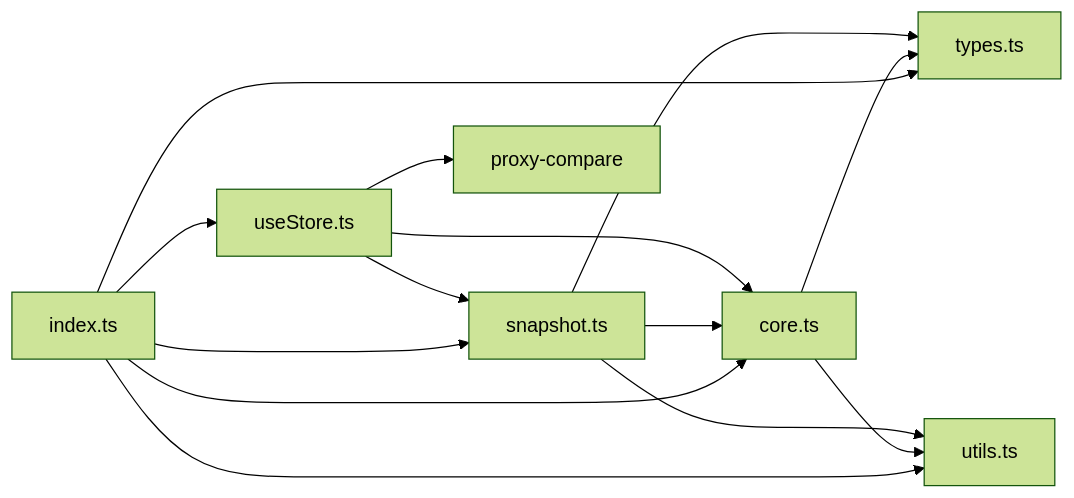
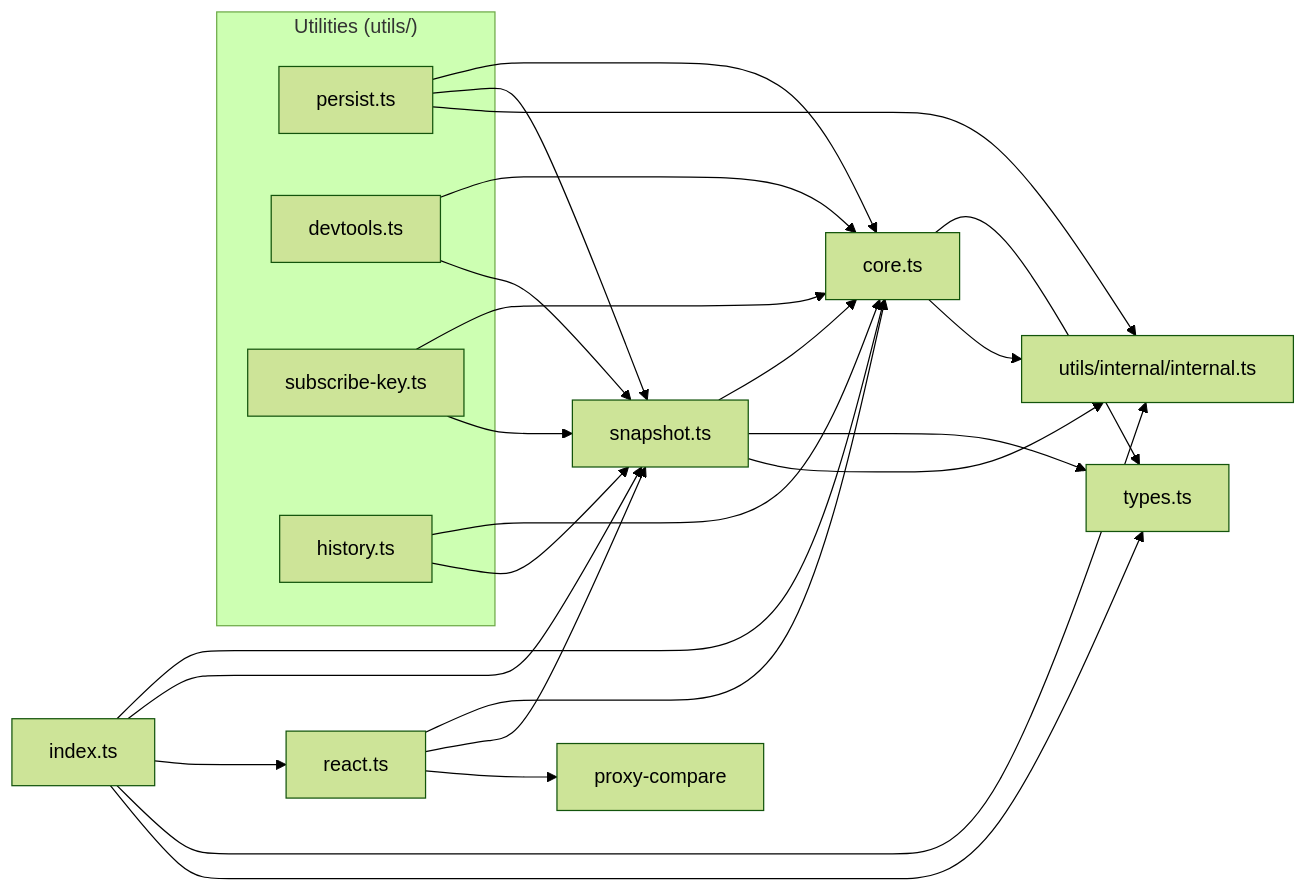
The ninth of 9 diagrams in website/docs/ARCHITECTURE.md (codeBelt/classy-store), drawn with Mermaid (forest theme) before and after one commit. The commit also changed other lines of this file and 24 other files, not shown here.

First line of the commit message:
feat: add `withHistory`, `devtools`, and `subscribeKey` utilities for enhanced state management (#7)

````diff
--- a/website/docs/ARCHITECTURE.md
+++ b/website/docs/ARCHITECTURE.md
@@ -407,17 +416,33 @@
 ```mermaid
 graph LR
-  useStore["useStore.ts"] --> core["core.ts"]
-  useStore --> snapshot["snapshot.ts"]
-  useStore --> proxyCompare["proxy-compare"]
+  react["react.ts"] --> core["core.ts"]
+  react --> snapshot["snapshot.ts"]
+  react --> proxyCompare["proxy-compare"]
   snapshot --> core
   snapshot --> types["types.ts"]
-  snapshot --> utils["utils.ts"]
+  snapshot --> internal["utils/internal/internal.ts"]
   core --> types
-  core --> utils
+  core --> internal
   index["index.ts"] --> core
   index --> snapshot
-  index --> useStore
-  index --> utils
+  index --> react
+  index --> internal
   index --> types
 
+  subgraph utilities ["Utilities (utils/)"]
+    persist["persist.ts"]
+    devtools["devtools.ts"]
+    subscribeKey["subscribe-key.ts"]
+    withHistory["history.ts"]
+  end
+
+  persist --> core
+  persist --> snapshot
+  persist --> internal
+  devtools --> core
+  devtools --> snapshot
+  subscribeKey --> core
+  subscribeKey --> snapshot
+  withHistory --> core
+  withHistory --> snapshot
 ```
````
